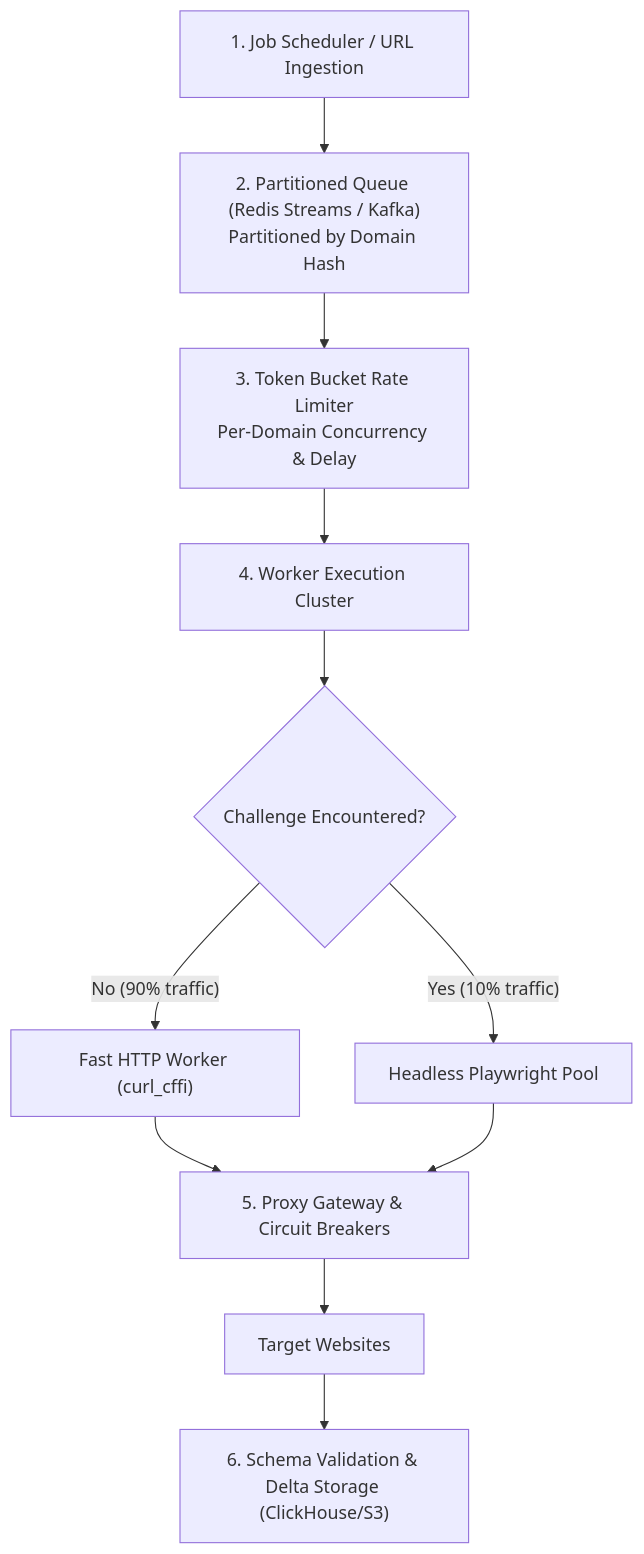
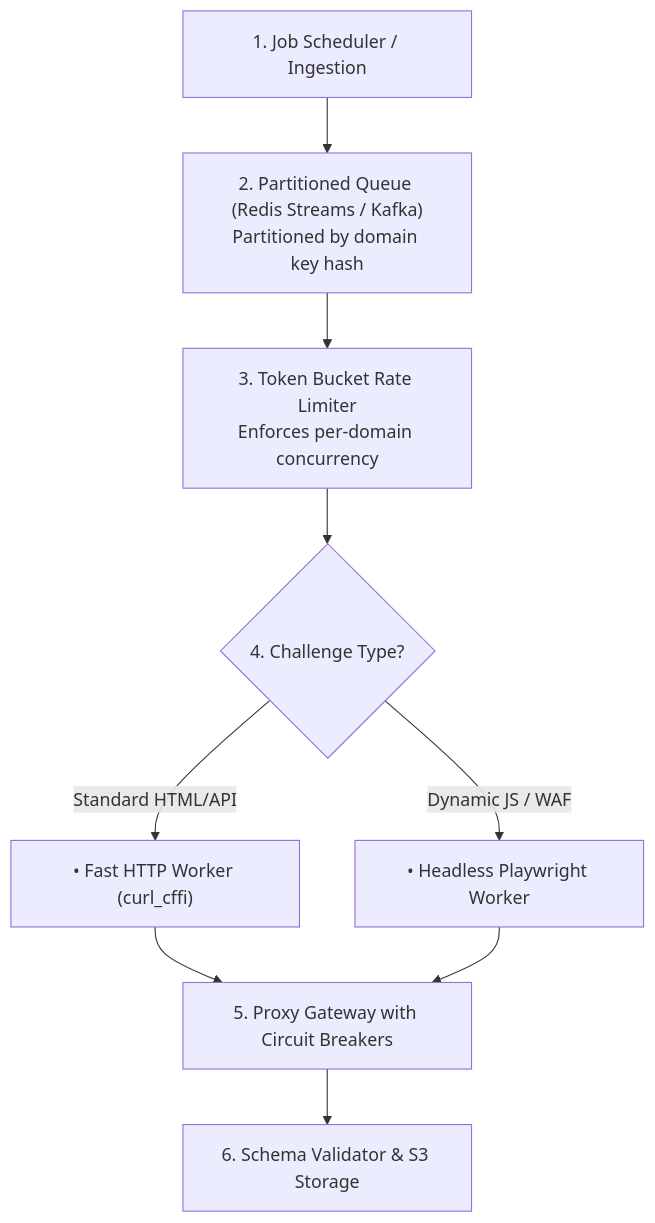
The first of 3 diagrams in _posts/2026-11-06-how-to-design-scraping-systems-for-millions-of-requests.md (naimurhasan/naimurhasan.github.io), drawn with Mermaid before and after one commit. The commit also changed other lines of this file and 28 other files, not shown here.

Commit message:
fix(blog): refactor all Mermaid diagrams to vertical legible layouts and restore in-body illustrations

````diff
--- a/_posts/2026-11-06-how-to-design-scraping-systems-for-millions-of-requests.md
+++ b/_posts/2026-11-06-how-to-design-scraping-systems-for-millions-of-requests.md
@@ -25,17 +25,11 @@
 ```mermaid
 flowchart TD
-  Scheduler["1. Job Scheduler / URL Ingestion"] --> Queue["2. Partitioned Queue (Redis Streams / Kafka)<br/>Partitioned by Domain Hash"]
-  
-  Queue --> Limiter["3. Token Bucket Rate Limiter<br/>Per-Domain Concurrency & Delay"]
-  
-  Limiter --> WorkerPool["4. Worker Execution Cluster"]
-  
-  WorkerPool --> Router{"Challenge Encountered?"}
-  Router -- "No (90% traffic)" --> HTTPClient["Fast HTTP Worker (curl_cffi)"]
-  Router -- "Yes (10% traffic)" --> BrowserWorker["Headless Playwright Pool"]
-  
-  HTTPClient & BrowserWorker --> ProxyManager["5. Proxy Gateway & Circuit Breakers"]
-  ProxyManager --> Target["Target Websites"]
-  
-  Target --> Validator["6. Schema Validation & Delta Storage (ClickHouse/S3)"]
+  Scheduler["1. Job Scheduler / Ingestion"] --> Queue["2. Partitioned Queue (Redis Streams / Kafka)<br/>Partitioned by domain key hash"]
+  Queue --> Limiter["3. Token Bucket Rate Limiter<br/>Enforces per-domain concurrency"]
+  Limiter --> Router{"4. Challenge Type?"}
+  Router -- "Standard HTML/API" --> HTTP["• Fast HTTP Worker (curl_cffi)"]
+  Router -- "Dynamic JS / WAF" --> Browser["• Headless Playwright Worker"]
+  HTTP --> Proxy["5. Proxy Gateway with Circuit Breakers"]
+  Browser --> Proxy
+  Proxy --> Storage["6. Schema Validator & S3 Storage"]
 ```
````
